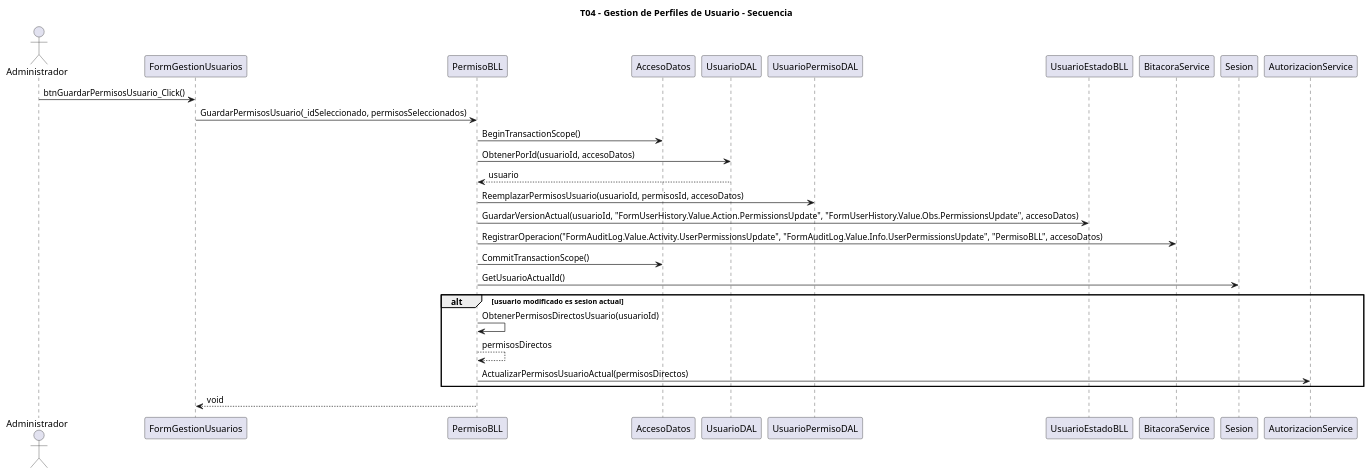
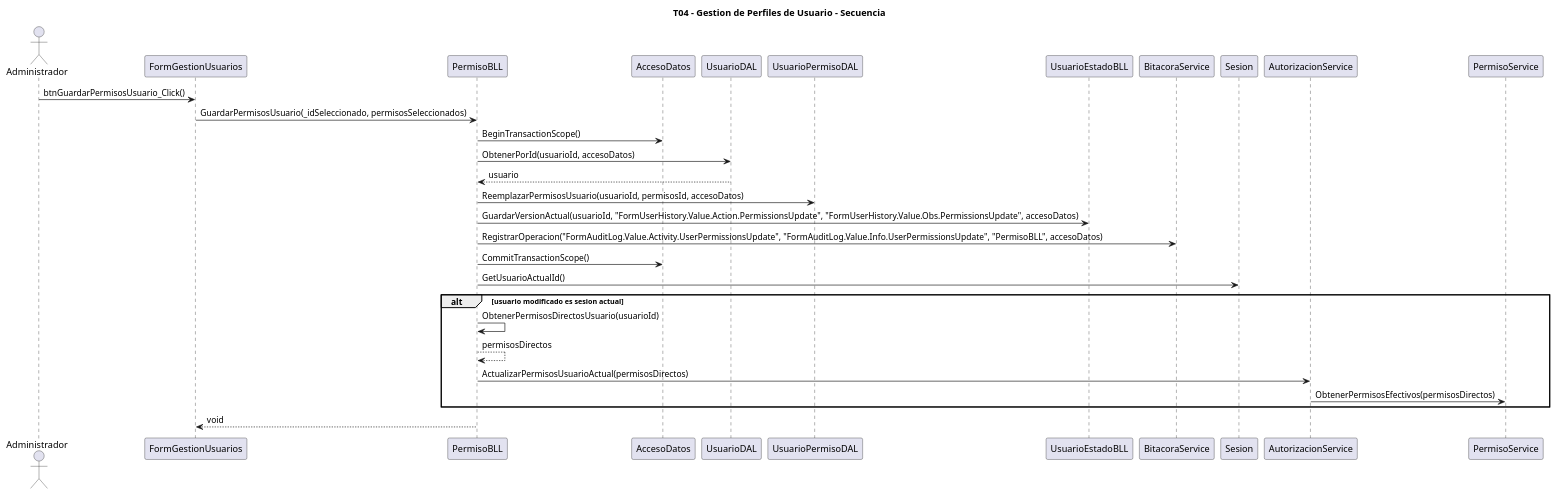
Before and after one commit to aggutierrez98/TP-TD: the diagram in diagramas/T04-perfiles-usuario/T04-perfiles-usuario-secuencia.puml, drawn with PlantUML. The commit also changed 13 other files, not shown here.

```diff
--- a/diagramas/T04-perfiles-usuario/T04-perfiles-usuario-secuencia.puml
+++ b/diagramas/T04-perfiles-usuario/T04-perfiles-usuario-secuencia.puml
@@ -1,34 +1,36 @@
 @startuml
 title T04 - Gestion de Perfiles de Usuario - Secuencia
 
 actor Administrador
 participant "FormGestionUsuarios" as FormGestionUsuarios
 participant "PermisoBLL" as PermisoBLL
 participant "AccesoDatos" as AccesoDatos
 participant "UsuarioDAL" as UsuarioDAL
 participant "UsuarioPermisoDAL" as UsuarioPermisoDAL
 participant "UsuarioEstadoBLL" as UsuarioEstadoBLL
 participant "BitacoraService" as BitacoraService
 participant "Sesion" as Sesion
 participant "AutorizacionService" as AutorizacionService
+participant "PermisoService" as PermisoService
 
 Administrador -> FormGestionUsuarios : btnGuardarPermisosUsuario_Click()
 FormGestionUsuarios -> PermisoBLL : GuardarPermisosUsuario(_idSeleccionado, permisosSeleccionados)
 PermisoBLL -> AccesoDatos : BeginTransactionScope()
 PermisoBLL -> UsuarioDAL : ObtenerPorId(usuarioId, accesoDatos)
 UsuarioDAL --> PermisoBLL : usuario
 PermisoBLL -> UsuarioPermisoDAL : ReemplazarPermisosUsuario(usuarioId, permisosId, accesoDatos)
 PermisoBLL -> UsuarioEstadoBLL : GuardarVersionActual(usuarioId, "FormUserHistory.Value.Action.PermissionsUpdate", "FormUserHistory.Value.Obs.PermissionsUpdate", accesoDatos)
 PermisoBLL -> BitacoraService : RegistrarOperacion("FormAuditLog.Value.Activity.UserPermissionsUpdate", "FormAuditLog.Value.Info.UserPermissionsUpdate", "PermisoBLL", accesoDatos)
 PermisoBLL -> AccesoDatos : CommitTransactionScope()
 PermisoBLL -> Sesion : GetUsuarioActualId()
 
 alt usuario modificado es sesion actual
   PermisoBLL -> PermisoBLL : ObtenerPermisosDirectosUsuario(usuarioId)
   PermisoBLL --> PermisoBLL : permisosDirectos
   PermisoBLL -> AutorizacionService : ActualizarPermisosUsuarioActual(permisosDirectos)
+  AutorizacionService -> PermisoService : ObtenerPermisosEfectivos(permisosDirectos)
 end
 
 PermisoBLL --> FormGestionUsuarios : void
 
 @enduml
```
